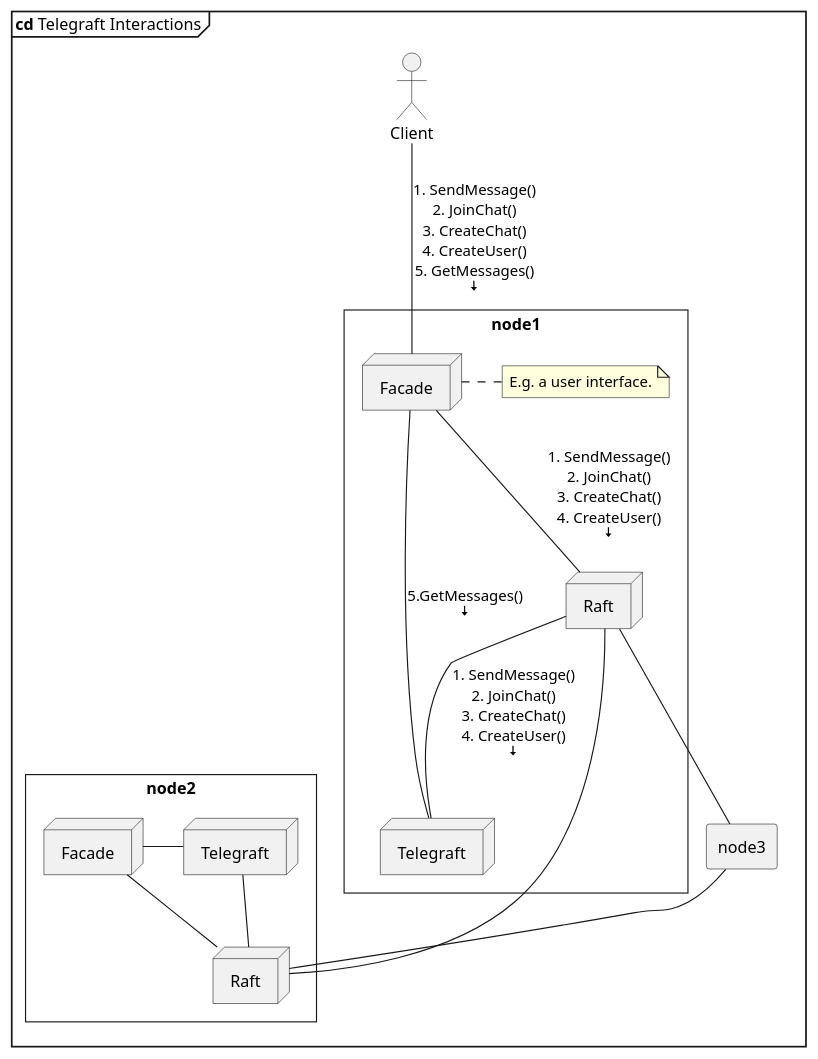
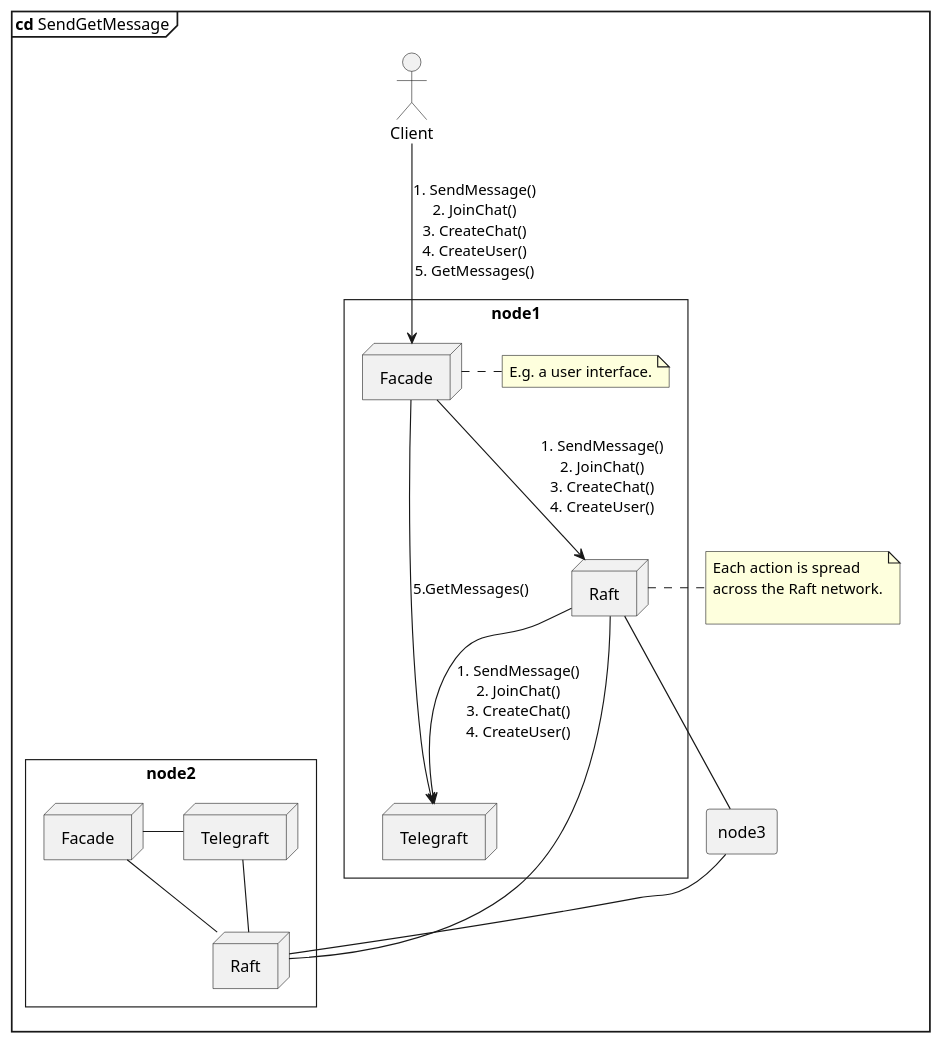
The diagram in docs/diagrams/src/cd_telegraftSystem.plantuml (strang3nt/Telegraft), drawn with PlantUML before and after one commit. The commit also changed 5 other files, not shown here.

Commit message:
RPC GetMessages implemented

```diff
--- a/docs/diagrams/src/cd_telegraftSystem.plantuml
+++ b/docs/diagrams/src/cd_telegraftSystem.plantuml
@@ -1,44 +1,48 @@
-@startuml TelegraftSystem
+@startuml SendGetMessage
 
-mainframe **cd** Telegraft Interactions
+mainframe **cd** SendGetMessage
 
 skinparam style strictuml
 skinparam sequenceMessageAlign direction
-
-
 
 actor Client
 
 rectangle node1 {
   node Facade
   note right of Facade {
     E.g. a user interface.
   }
   node Raft
   node Telegraft
 }
 
 rectangle node2 {
   node Facade as f
   node Telegraft as t
   node Raft as r
 }
 
 rectangle node3
 
 f - t
 t -- r
 r - f
 
-Client -- Facade: 1. SendMessage()\n2. JoinChat()\n3. CreateChat()\n4. CreateUser()\n5. GetMessages()\n<&arrow-bottom>
+Client --> Facade: 1. SendMessage()\n2. JoinChat()\n3. CreateChat()\n4. CreateUser()\n5. GetMessages()
 
 
-Facade -- Raft: 1. SendMessage()\n2. JoinChat()\n3. CreateChat()\n4. CreateUser()\n<&arrow-bottom>
-Facade -- Telegraft: 5.GetMessages()\n<&arrow-bottom>
-Raft -- Telegraft: 1. SendMessage()\n2. JoinChat()\n3. CreateChat()\n4. CreateUser()\n<&arrow-bottom>
+Facade --> Raft: 1. SendMessage()\n2. JoinChat()\n3. CreateChat()\n4. CreateUser()
+note right of Raft
+  Each action is spread
+  across the Raft network.
+
+end note
+Facade --> Telegraft: 5.GetMessages()
+
+Raft --> Telegraft: 1. SendMessage()\n2. JoinChat()\n3. CreateChat()\n4. CreateUser()
 Raft -- r
 
 Raft -- node3
 node3 -- r
 
 @enduml
```
